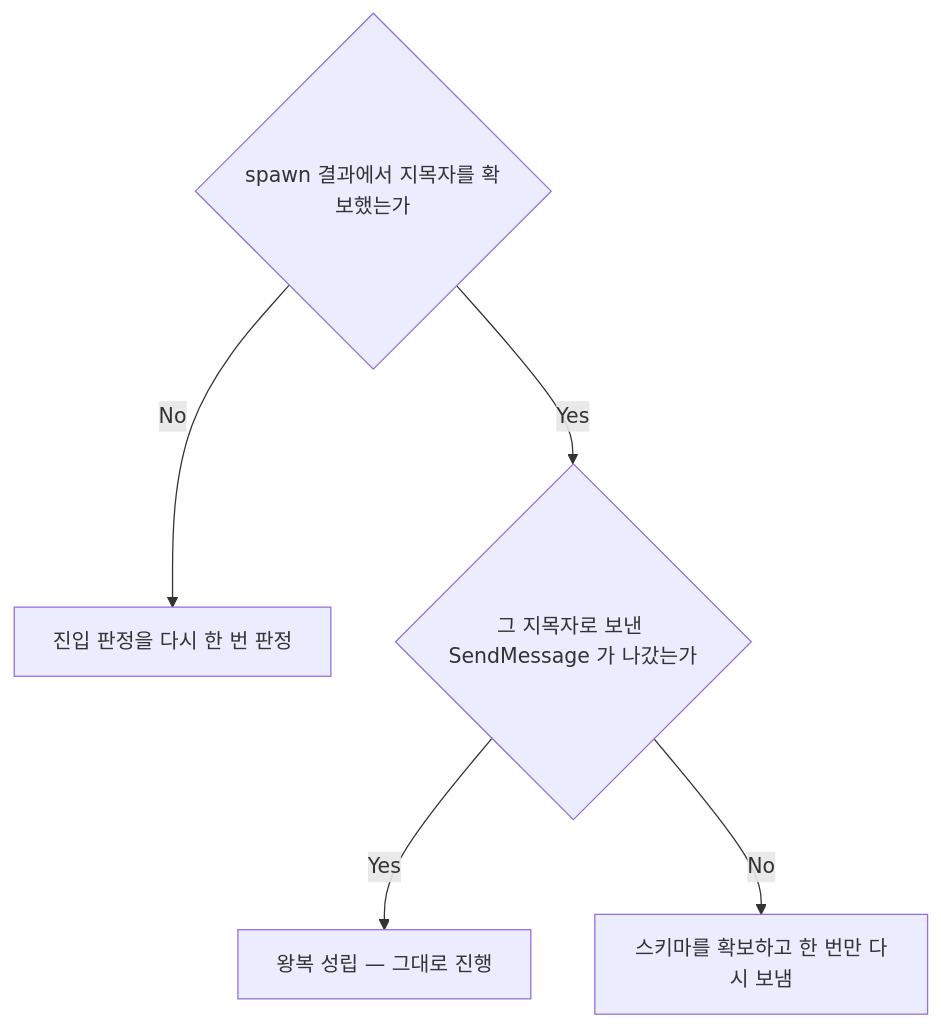
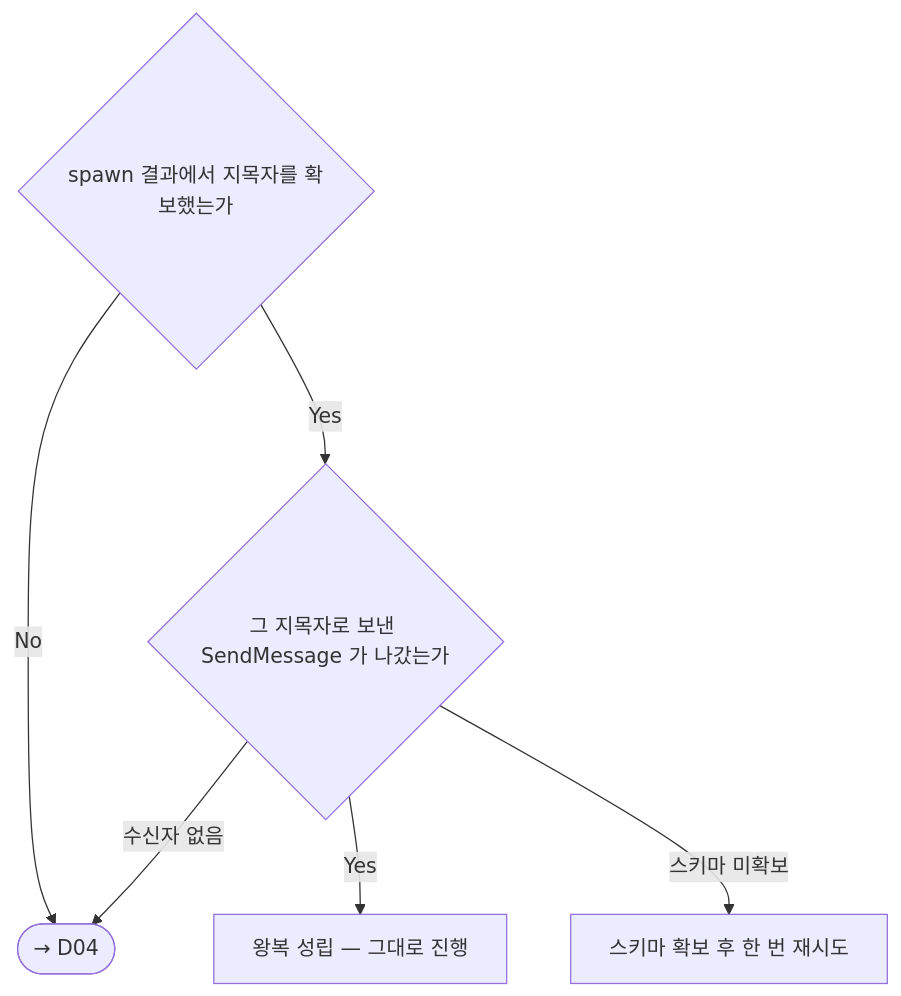
Before and after one commit to kys0213/kys-claude-plugin: the first of 8 diagrams in plugins/atelier/skills/orchestrator/references/dispatch-planning.md, drawn with Mermaid. The commit also changed other lines of this file, not shown here.

````diff
--- a/plugins/atelier/skills/orchestrator/references/dispatch-planning.md
+++ b/plugins/atelier/skills/orchestrator/references/dispatch-planning.md
@@ -22,7 +22,8 @@
 ```mermaid
 flowchart TD
-  D05_q1{"spawn 결과에서 지목자를 확보했는가"} -->|No| D05_t3["진입 판정을 다시 한 번 판정"]
+  D05_q1{"spawn 결과에서 지목자를 확보했는가"} -->|No| D05_n1(["→ D04"])
   D05_q1 -->|Yes| D05_q2{"그 지목자로 보낸 SendMessage 가 나갔는가"}
   D05_q2 -->|Yes| D05_t1["왕복 성립 — 그대로 진행"]
-  D05_q2 -->|No| D05_t2["스키마를 확보하고 한 번만 다시 보냄"]
+  D05_q2 -->|스키마 미확보| D05_t2["스키마 확보 후 한 번 재시도"]
+  D05_q2 -->|수신자 없음| D05_n1
 ```
````
